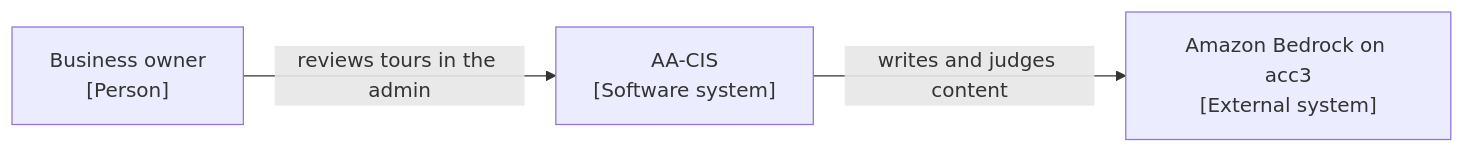
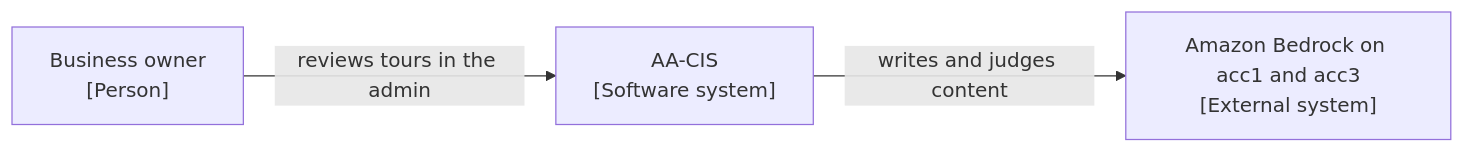
The diagram in docs/STYLE.md (AdventureAsia365-Ecosys/AA-Ecosys), drawn with Mermaid before and after one commit. The commit also changed other lines of this file and 23 other files, not shown here.

````diff
--- a/docs/STYLE.md
+++ b/docs/STYLE.md
@@ -172,8 +172,8 @@
 ```mermaid
 flowchart LR
   owner["Business owner<br/>[Person]"]
   cis["AA-CIS<br/>[Software system]"]
-  bedrock["Amazon Bedrock on acc3<br/>[External system]"]
+  bedrock["Amazon Bedrock on acc1 and acc3<br/>[External system]"]
   owner -->|"reviews tours in the admin"| cis
   cis -->|"writes and judges content"| bedrock
 ```
````
